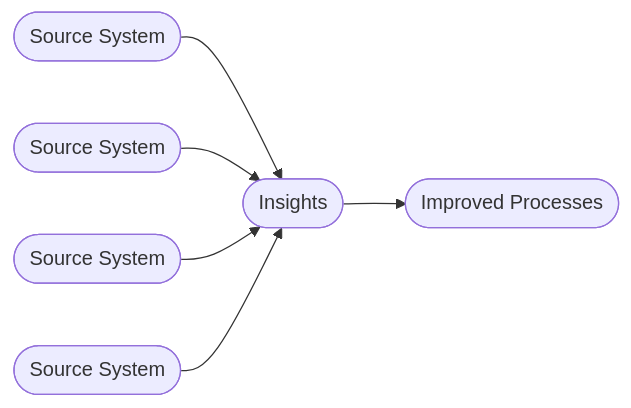
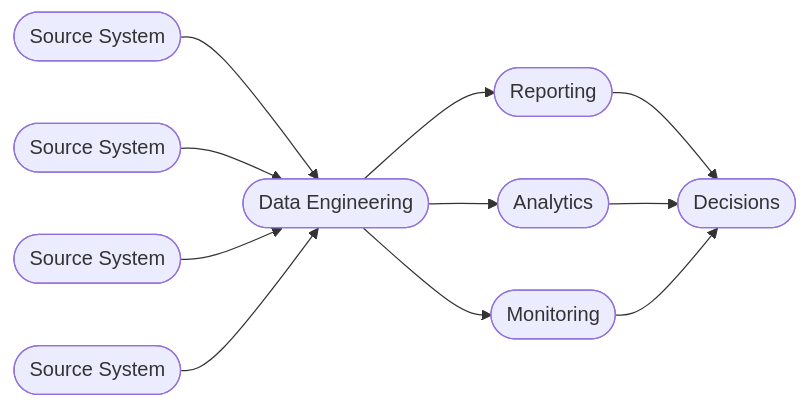
Before and after one commit to basvdberg/data-engineering-design-patterns: the diagram in definitions/business-intelligence.md, drawn with Mermaid. The commit also changed other lines of this file and 1 other file, not shown here.

Commit message:
Update BI diagram and applications, apply kebab-case to data engineering diagram

````diff
--- a/definitions/business-intelligence.md
+++ b/definitions/business-intelligence.md
@@ -5,17 +5,20 @@
 ```mermaid
 flowchart LR
     SS1([Source System])
     SS2([Source System])
     SS3([Source System])
     SS4([Source System])
 
-    INS([Insights])
-    IMP([Improved Processes])
+    SS1 --> DE([Data Engineering])
+    SS2 --> DE
+    SS3 --> DE
+    SS4 --> DE
 
-    SS1 --> INS
-    SS2 --> INS
-    SS3 --> INS
-    SS4 --> INS
+    DE --> R([Reporting])
+    DE --> A([Analytics])
+    DE --> M([Monitoring])
 
-    INS --> IMP
+    R --> D([Decisions])
+    A --> D
+    M --> D
 ```
````
